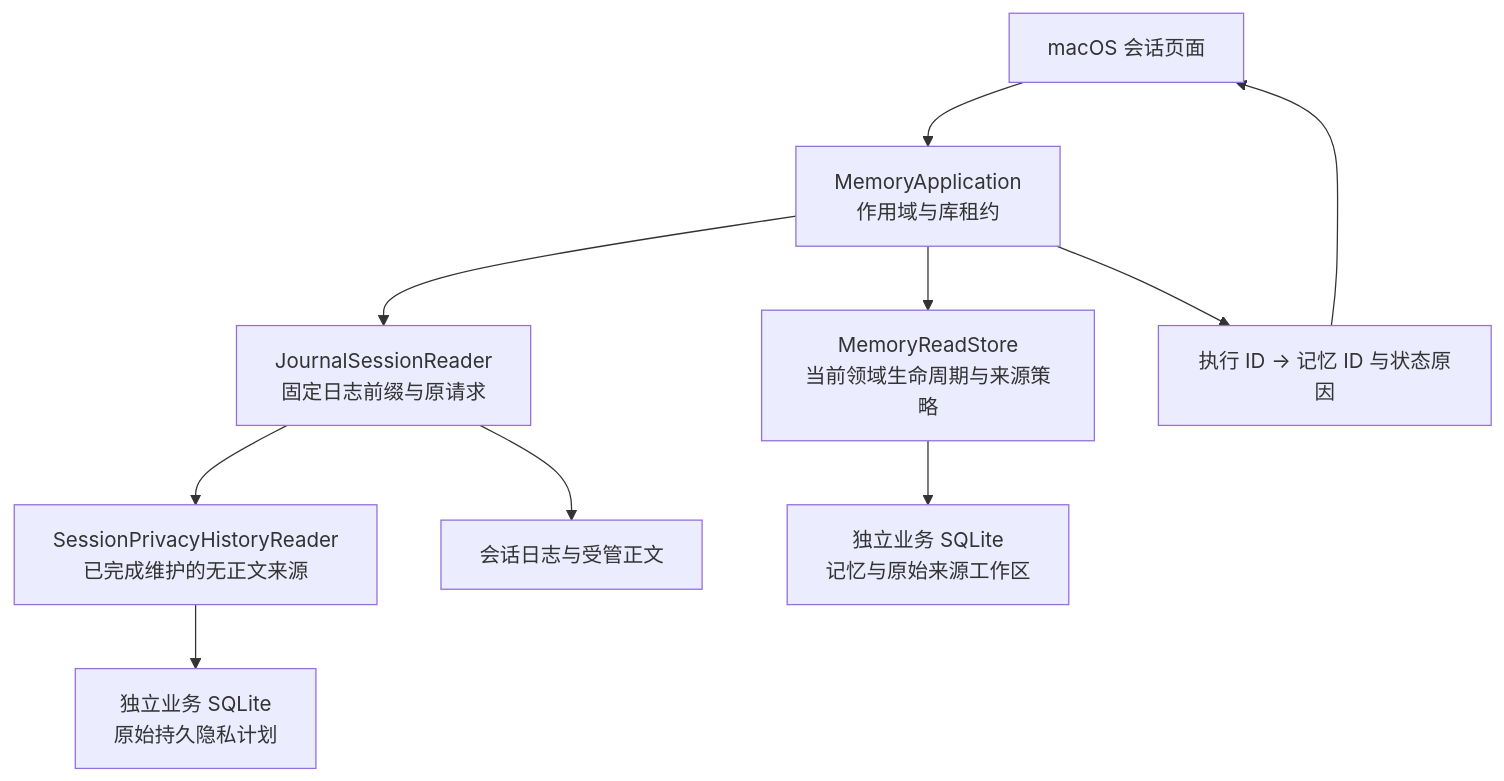
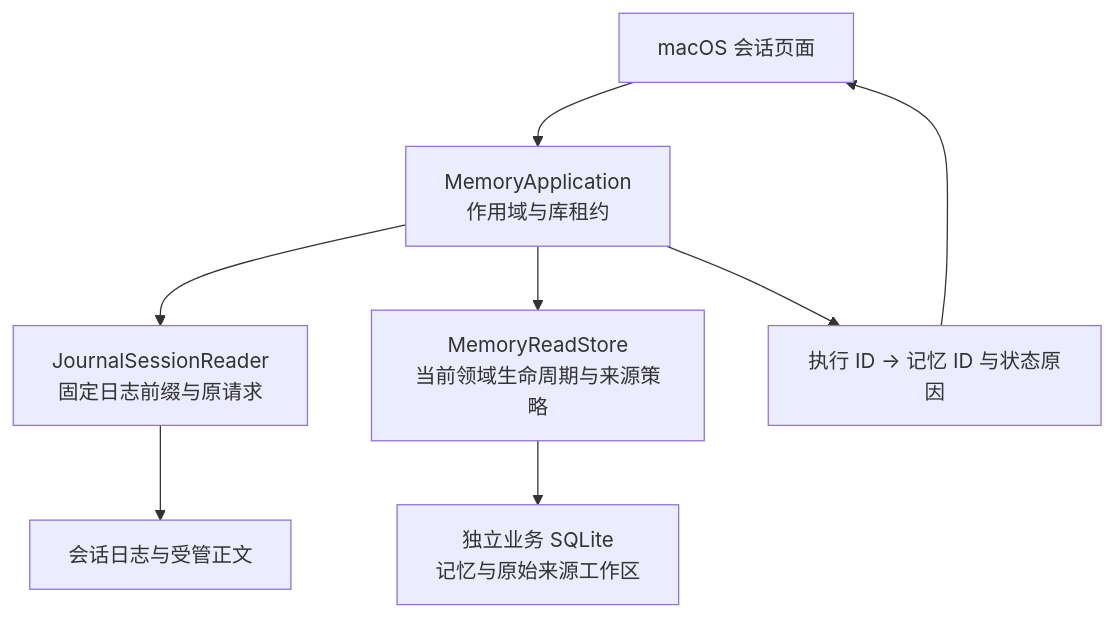
The first of 2 diagrams in docs/architecture/AGENT_MEMORY_HISTORY.md (alwynou/mira), drawn with Mermaid before and after one commit. The commit also changed other lines of this file and 290 other files, not shown here.

````diff
--- a/docs/architecture/AGENT_MEMORY_HISTORY.md
+++ b/docs/architecture/AGENT_MEMORY_HISTORY.md
@@ -15,12 +15,10 @@
 ```mermaid
 flowchart TB
     Page[macOS 会话页面] --> App[MemoryApplication\n作用域与库租约]
     App --> Journal[JournalSessionReader\n固定日志前缀与原请求]
     App --> Domain[MemoryReadStore\n当前领域生命周期与来源策略]
-    Journal --> Privacy[SessionPrivacyHistoryReader\n已完成维护的无正文来源]
-    Privacy --> Plans[独立业务 SQLite\n原始持久隐私计划]
     Journal --> Files[会话日志与受管正文]
     Domain --> Memory[独立业务 SQLite\n记忆与原始来源工作区]
     App --> Notice[执行 ID → 记忆 ID 与状态原因]
     Notice --> Page
 ```
````
